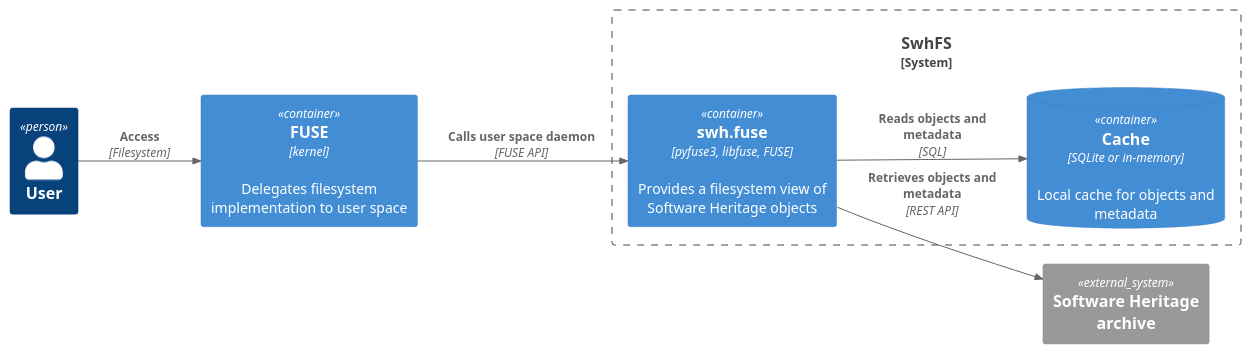
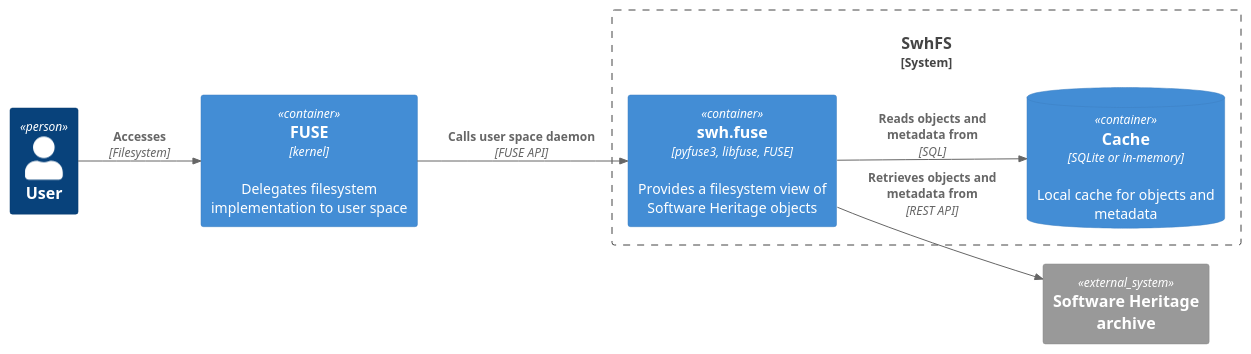
The diagram in docs/images/arch-container.puml (SoftwareHeritage/swh-fuse), drawn with PlantUML before and after one commit. The commit also changed 7 other files, not shown here.

Commit message:
arch diagram: uniform arrow label texts

```diff
--- a/docs/images/arch-container.puml
+++ b/docs/images/arch-container.puml
@@ -1,23 +1,23 @@
 @startuml arch-container
 ' !includeurl https://raw.githubusercontent.com/RicardoNiepel/C4-PlantUML/master/C4_Container.puml
 !include c4-plantuml/C4_Container.puml
 
 ' title Container diagram for the Software Heritage virtual filesystem (SwhFS)
 left to right direction
 
 Person(user, "User")
 Container(fuse, "FUSE", "kernel", "Delegates filesystem implementation to user space")
 
 System_Boundary(swhfs_bound, "SwhFS") {
 	Container(swh_fuse, "swh.fuse", "pyfuse3, libfuse, FUSE", "Provides a filesystem view of Software Heritage objects")
 	ContainerDb(cache, "Cache", "SQLite or in-memory", "Local cache for objects and metadata")
-	Rel(swh_fuse, cache, "Reads objects and metadata", "SQL")
+	Rel(swh_fuse, cache, "Reads objects and metadata from", "SQL")
 }
 
 System_Ext(archive, "Software Heritage archive")
 
-Rel(user, fuse, "Access", "Filesystem")
+Rel(user, fuse, "Accesses", "Filesystem")
 Rel(fuse, swh_fuse, "Calls user space daemon", "FUSE API")
-Rel(swh_fuse, archive, "Retrieves objects and metadata", "REST API")
+Rel(swh_fuse, archive, "Retrieves objects and metadata from", "REST API")
 
 @enduml
```
